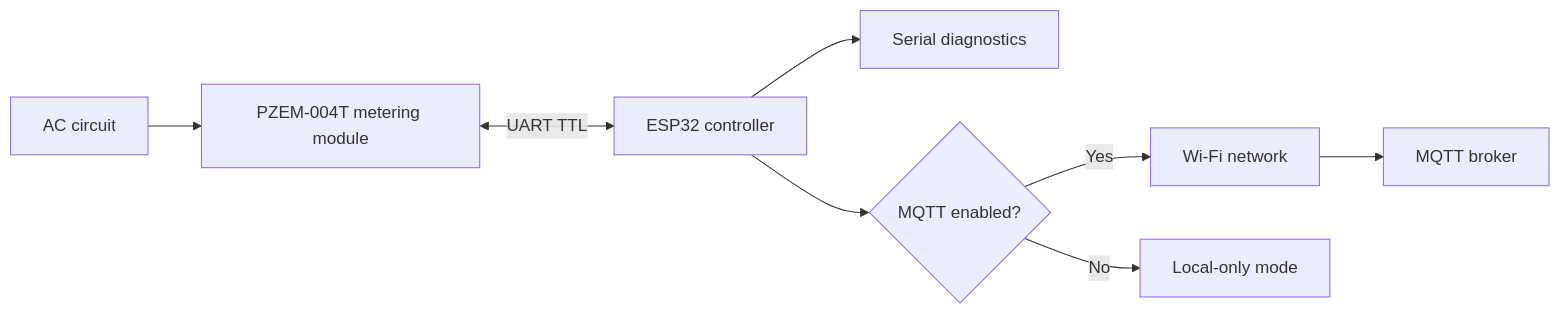
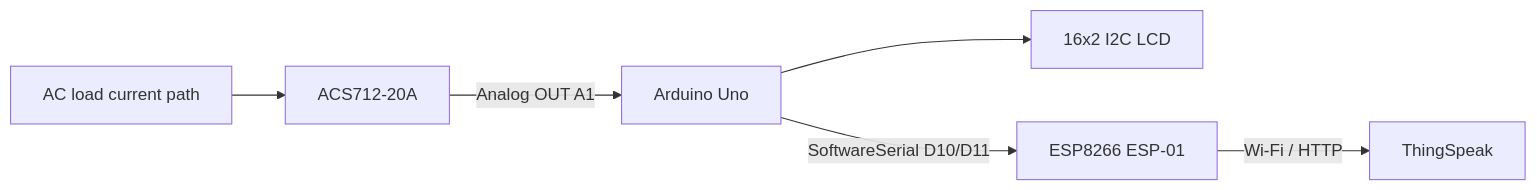
One commit to akashp9686-star/iot-smart-soil-moisture-monitor changed the diagram in docs/architecture.md. Above: the diagram before and after it, drawn with Mermaid. The commit also changed other lines of this file, not shown here.

````diff
--- a/docs/architecture.md
+++ b/docs/architecture.md
@@ -3,10 +4,8 @@
 ```mermaid
 flowchart LR
-  A[AC circuit] --> B[PZEM-004T metering module]
-  B <-->|UART TTL| C[ESP32 controller]
-  C --> D[Serial diagnostics]
-  C --> E{MQTT enabled?}
-  E -->|Yes| F[Wi-Fi network]
-  F --> G[MQTT broker]
-  E -->|No| H[Local-only mode]
+  A[AC load current path] --> B[ACS712-20A]
+  B -->|Analog OUT A1| C[Arduino Uno]
+  C --> D[16x2 I2C LCD]
+  C -->|SoftwareSerial D10/D11| E[ESP8266 ESP-01]
+  E -->|Wi-Fi / HTTP| F[ThingSpeak]
 ```
````
